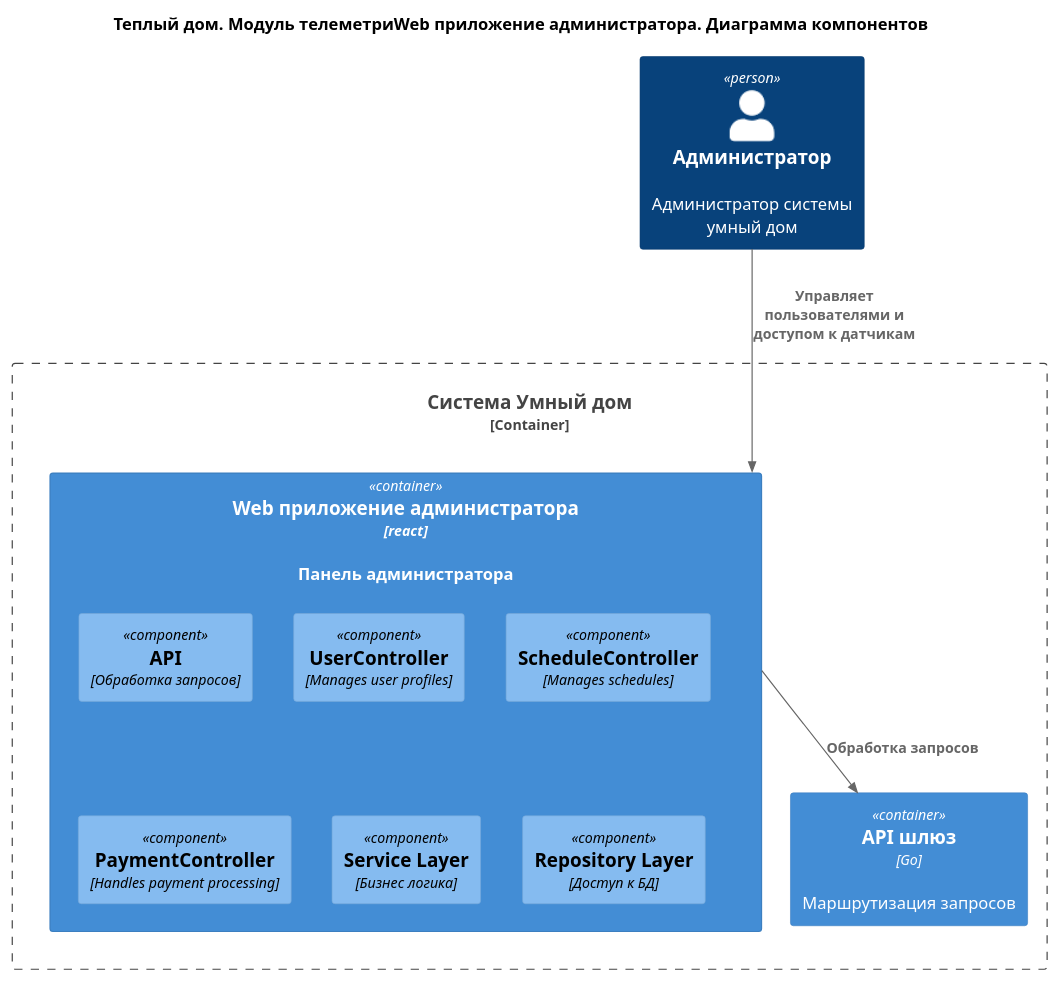
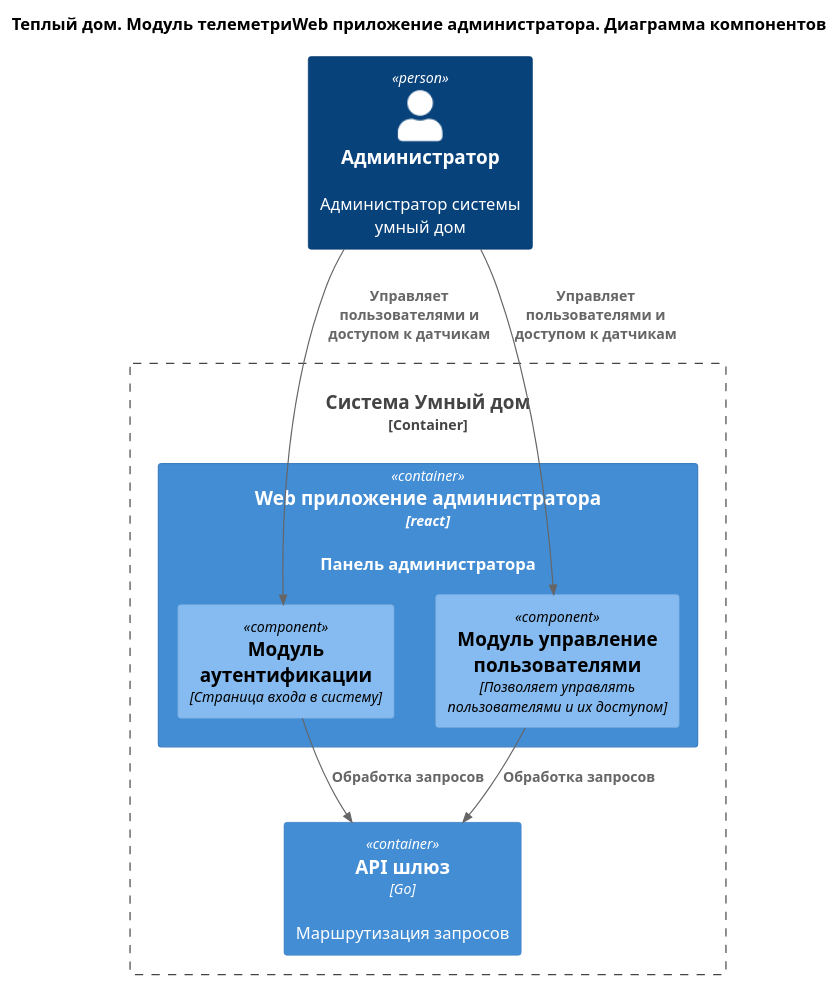
The diagram in diagrams/C4.Component.WebAppAdmin.puml (binaril/architecture-warmhouse), drawn with PlantUML before and after one commit. The commit also changed 7 other files, not shown here.

```diff
--- a/diagrams/C4.Component.WebAppAdmin.puml
+++ b/diagrams/C4.Component.WebAppAdmin.puml
@@ -1,26 +1,25 @@
 @startuml
 title Теплый дом. Модуль телеметриWeb приложение администратора. Диаграмма компонентов
 
 top to bottom direction
 
 !includeurl https://raw.githubusercontent.com/RicardoNiepel/C4-PlantUML/master/C4_Component.puml
 
 Person(admin, "Администратор", "Администратор системы умный дом")
 
 Container_Boundary(SmartHouse, "Система Умный дом") {
   Container(WebAppAdmin, "Web приложение администратора", "react", "Панель администратора")
   Container(GateWay, "API шлюз", "Go", "Маршрутизация запросов")
 }
 
 Container(WebAppAdmin, "Web приложение", "Go") {
-  Component(ApiHandler, "API", "Обработка запросов")
-  Component(PollingCircle, "UserController", "Manages user profiles")
-  Component(ScheduleController, "ScheduleController", "Manages schedules")
-  Component(PaymentController, "PaymentController", "Handles payment processing")
-  Component(Aggragator, "Service Layer", "Бизнес логика")
-  Component(RepositoryLayer, "Repository Layer", "Доступ к БД")
+  Component(LoginModule, "Модуль аутентификации", "Страница входа в систему")
+  Component(UserManage, "Модуль управление пользователями", "Позволяет управлять пользователями и их доступом")
 }
 
-Rel(admin, WebAppAdmin,"Управляет пользователями и доступом к датчикам")
-Rel(WebAppAdmin, GateWay, "Обработка запросов")
+Rel(admin, LoginModule,"Управляет пользователями и доступом к датчикам")
+Rel(admin, UserManage,"Управляет пользователями и доступом к датчикам")
+Rel(LoginModule, GateWay, "Обработка запросов")
+Rel(UserManage, GateWay, "Обработка запросов")
+
 @enduml
```
